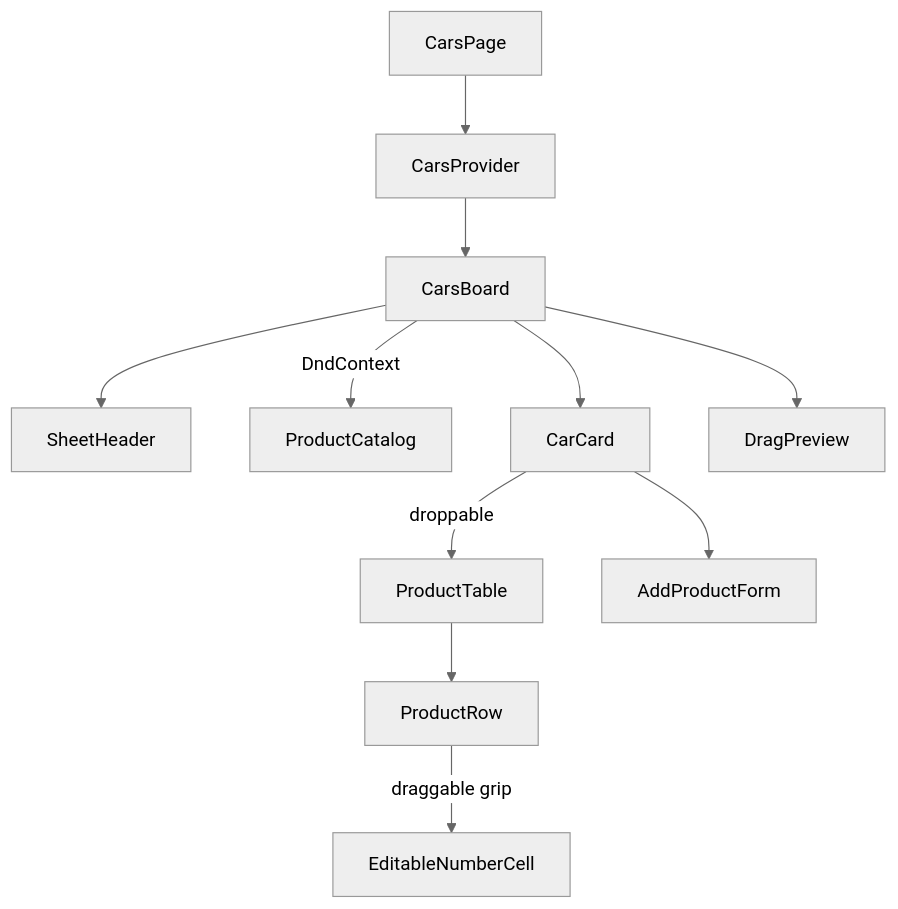
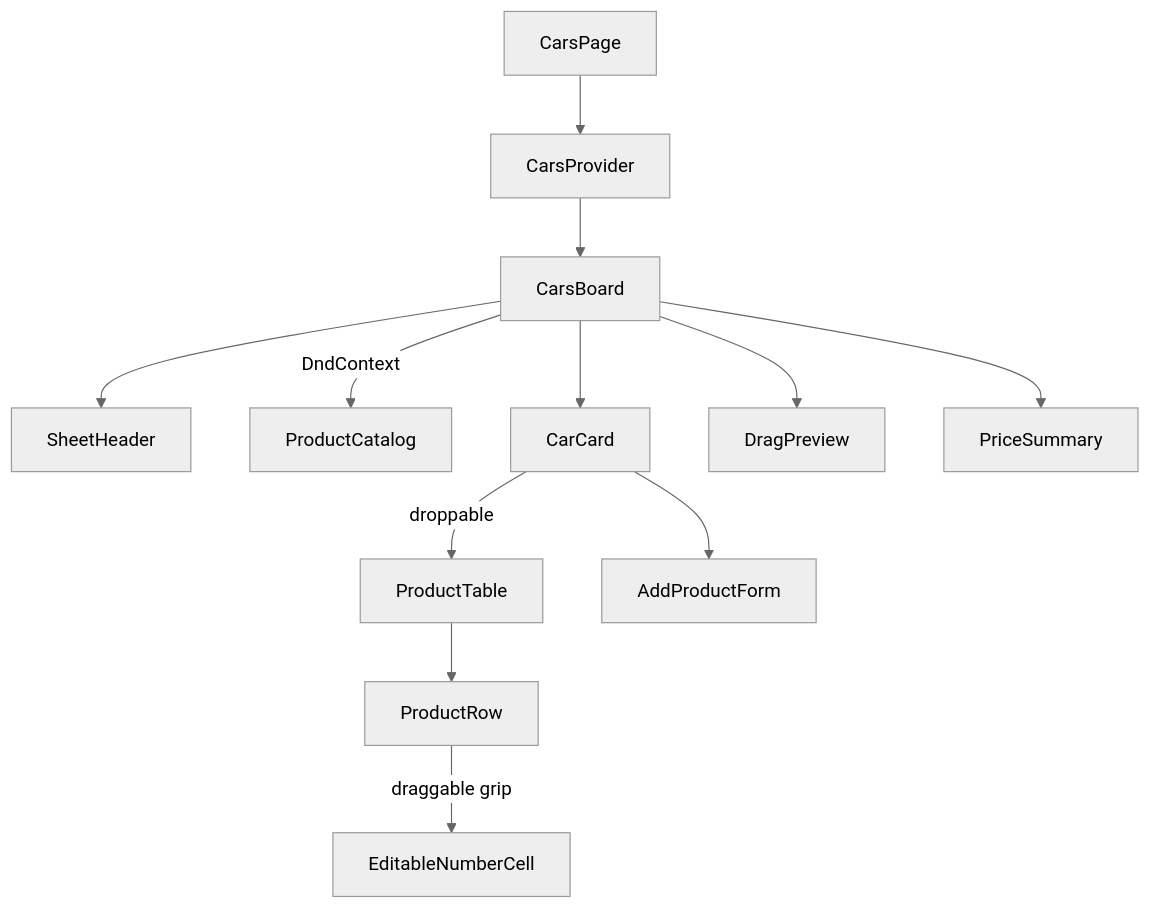
Before and after one commit to Redolid/egic-assignment: the first of 2 diagrams in docs/task-1-cars-products.md, drawn with Mermaid (neutral theme). The commit also changed other lines of this file and 52 other files, not shown here.

````diff
--- a/docs/task-1-cars-products.md
+++ b/docs/task-1-cars-products.md
@@ -54,13 +56,14 @@
 ```mermaid
 graph TD
   CarsPage --> CarsProvider
   CarsProvider --> CarsBoard
   CarsBoard --> SheetHeader
   CarsBoard -->|DndContext| ProductCatalog
   CarsBoard --> CarCard
   CarsBoard --> DragPreview
+  CarsBoard --> PriceSummary
   CarCard -->|droppable| ProductTable
   CarCard --> AddProductForm
   ProductTable --> ProductRow
   ProductRow -->|draggable grip| EditableNumberCell
 ```
````
